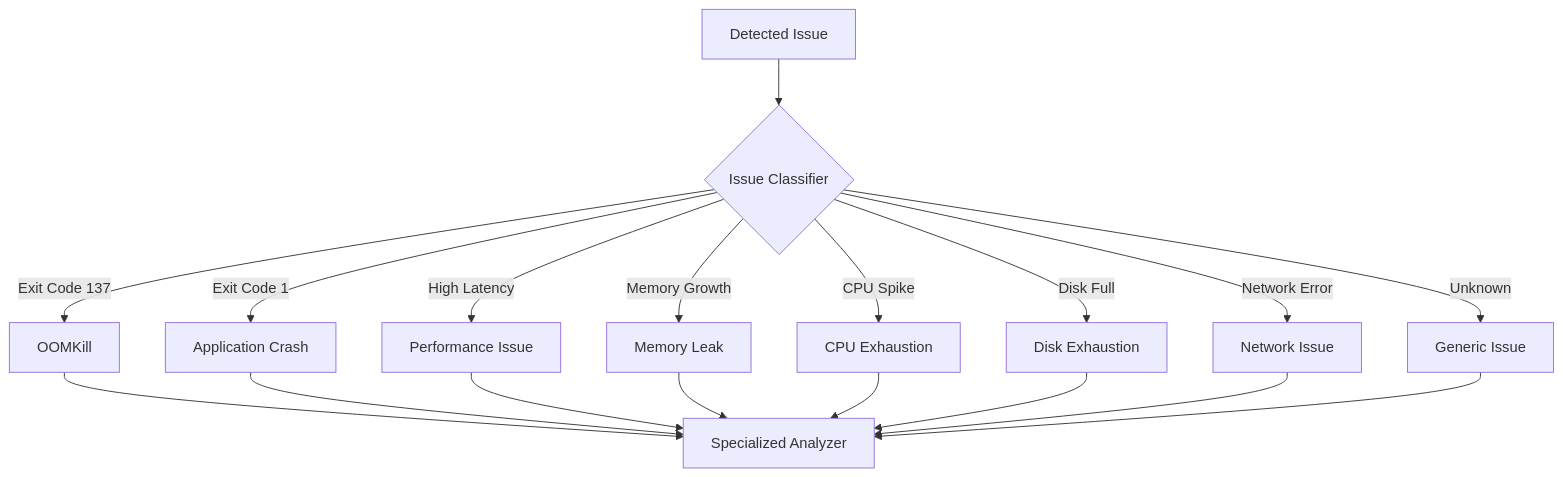
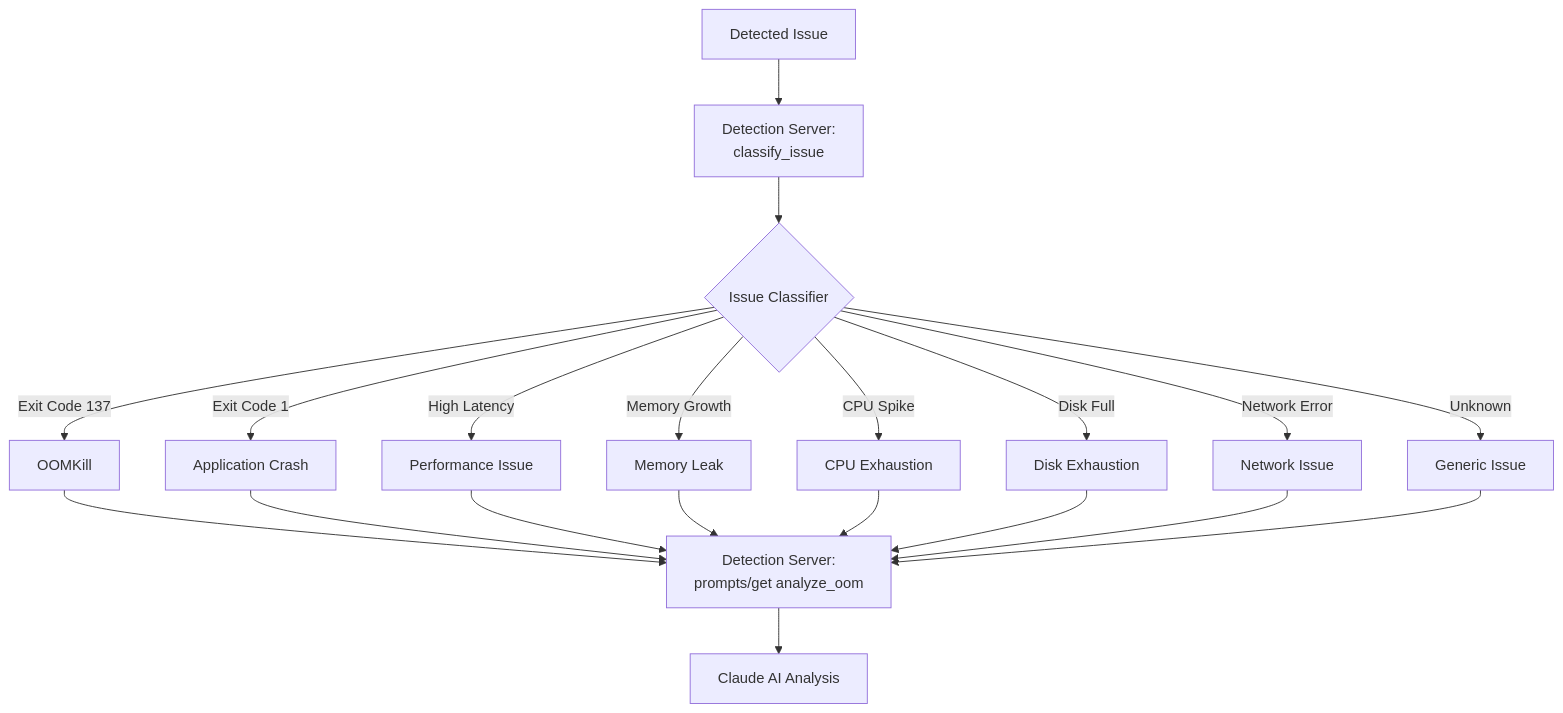
The tenth of 24 diagrams in WORKFLOW.md (ravindra-lakal/KubeSage), drawn with Mermaid before and after one commit. The commit also changed other lines of this file and 7 other files, not shown here.

````diff
--- a/WORKFLOW.md
+++ b/WORKFLOW.md
@@ -262,22 +385,26 @@
 ```mermaid
 graph TD
-    Issue[Detected Issue] --> Classifier{Issue Classifier}
+    Issue[Detected Issue] --> CallClassifier[Detection Server:<br/>classify_issue]
+    
+    CallClassifier --> Classifier{Issue Classifier}
     
     Classifier -->|Exit Code 137| OOM[OOMKill]
     Classifier -->|Exit Code 1| Crash[Application Crash]
     Classifier -->|High Latency| Latency[Performance Issue]
     Classifier -->|Memory Growth| MemLeak[Memory Leak]
     Classifier -->|CPU Spike| CPU[CPU Exhaustion]
     Classifier -->|Disk Full| Disk[Disk Exhaustion]
     Classifier -->|Network Error| Network[Network Issue]
     Classifier -->|Unknown| Generic[Generic Issue]
     
-    OOM --> SpecializedAnalyzer[Specialized Analyzer]
-    Crash --> SpecializedAnalyzer
-    Latency --> SpecializedAnalyzer
-    MemLeak --> SpecializedAnalyzer
-    CPU --> SpecializedAnalyzer
-    Disk --> SpecializedAnalyzer
-    Network --> SpecializedAnalyzer
-    Generic --> SpecializedAnalyzer
+    OOM --> GetPrompt[Detection Server:<br/>prompts/get analyze_oom]
+    Crash --> GetPrompt
+    Latency --> GetPrompt
+    MemLeak --> GetPrompt
+    CPU --> GetPrompt
+    Disk --> GetPrompt
+    Network --> GetPrompt
+    Generic --> GetPrompt
+    
+    GetPrompt --> AIAnalysis[Claude AI Analysis]
 ```
````
